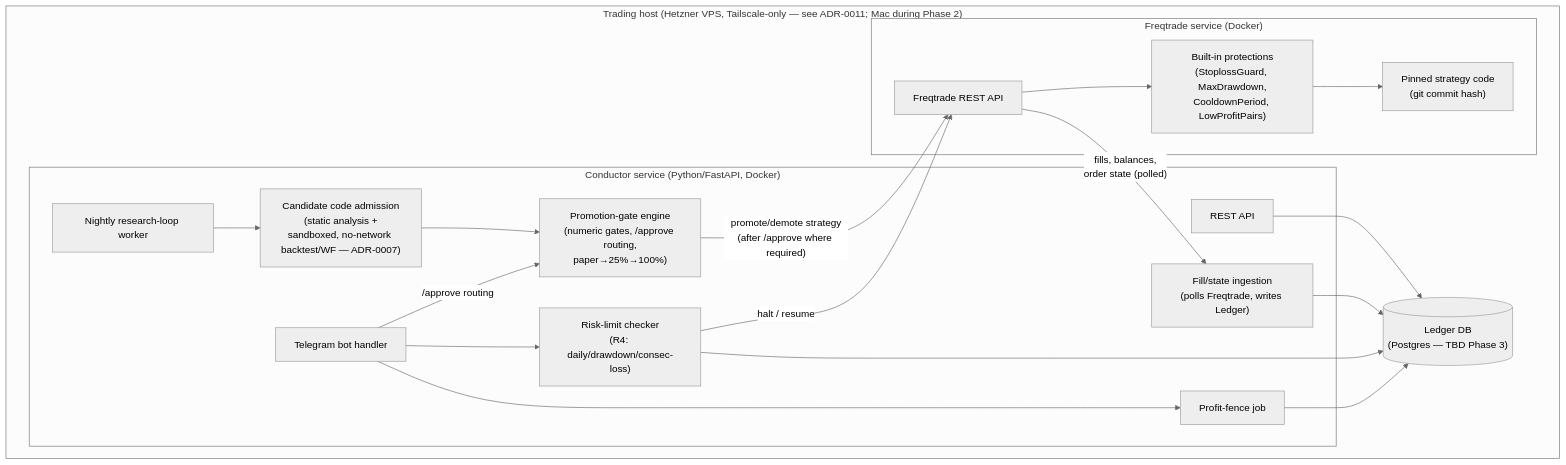
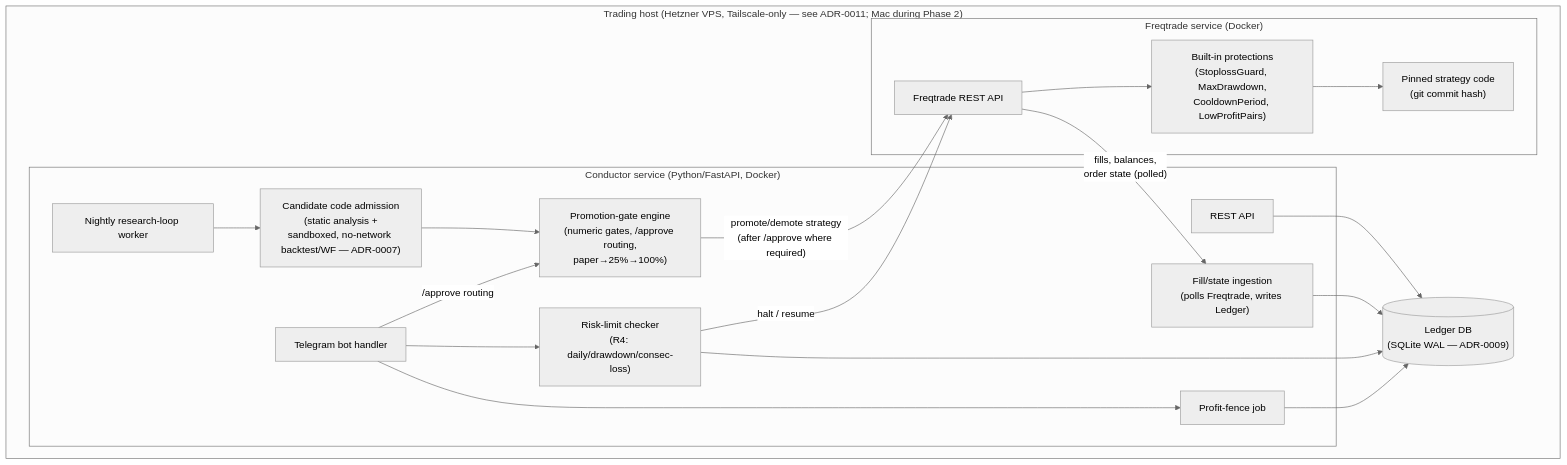
Before and after one commit to aplicy-com/guarded-trader: the second of 2 diagrams in docs/04-architecture/overview.md, drawn with Mermaid (neutral theme). The commit also changed 1 other file, not shown here.

Commit message:
docs: fix stale Postgres ledger references (ADR-0009: SQLite)

````diff
--- a/docs/04-architecture/overview.md
+++ b/docs/04-architecture/overview.md
@@ -44,38 +44,38 @@
 ```mermaid
 flowchart TB
     subgraph Host["Trading host (Hetzner VPS, Tailscale-only — see ADR-0011; Mac during Phase 2)"]
         subgraph ConductorSvc["Conductor service (Python/FastAPI, Docker)"]
             API["REST API"]
             Ingest["Fill/state ingestion<br/>(polls Freqtrade, writes Ledger)"]
             Loop["Nightly research-loop worker"]
             Admission["Candidate code admission<br/>(static analysis +<br/>sandboxed, no-network backtest/WF — ADR-0007)"]
             Gate["Promotion-gate engine<br/>(numeric gates, /approve routing,<br/>paper→25%→100%)"]
             RiskCheck["Risk-limit checker<br/>(R4: daily/drawdown/consec-loss)"]
             Fence["Profit-fence job"]
             Bot["Telegram bot handler"]
         end
 
         subgraph FreqtradeSvc["Freqtrade service (Docker)"]
             Strategy["Pinned strategy code<br/>(git commit hash)"]
             Protections["Built-in protections<br/>(StoplossGuard, MaxDrawdown,<br/>CooldownPeriod, LowProfitPairs)"]
             REST["Freqtrade REST API"]
         end
 
-        Ledger[("Ledger DB<br/>(Postgres — TBD Phase 3)")]
+        Ledger[("Ledger DB<br/>(SQLite WAL — ADR-0009)")]
     end
 
     API --> Ledger
     REST -- "fills, balances,<br/>order state (polled)" --> Ingest
     Ingest --> Ledger
     Loop --> Admission
     Admission --> Gate
     Gate -- "promote/demote strategy<br/>(after /approve where required)" --> REST
     Bot -- "/approve routing" --> Gate
     RiskCheck -- "halt / resume" --> REST
     RiskCheck --> Ledger
     Fence --> Ledger
     Bot --> RiskCheck
     Bot --> Fence
     REST --> Protections
     Protections --> Strategy
 ```
````
